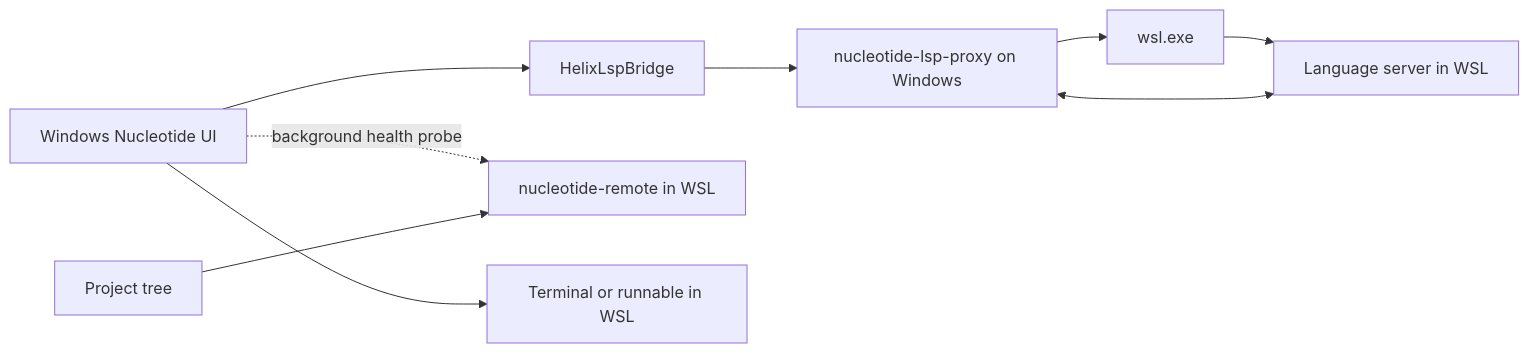
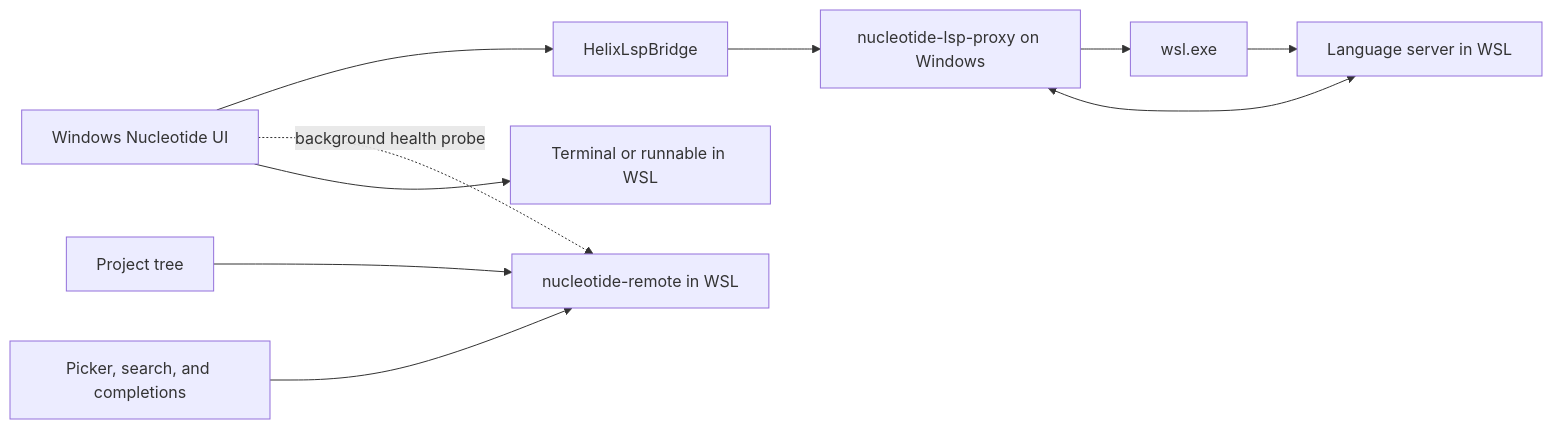
Before and after one commit to iainh/nucleotide: the diagram in docs/wsl_remote_development.md, drawn with Mermaid. The commit also changed other lines of this file, not shown here.

Commit message:
docs: update WSL helper completion coverage

````diff
--- a/docs/wsl_remote_development.md
+++ b/docs/wsl_remote_development.md
@@ -102,20 +105,22 @@
 ```mermaid
 flowchart LR
     UI["Windows Nucleotide UI"]
     Bridge["HelixLspBridge"]
     Proxy["nucleotide-lsp-proxy on Windows"]
     WSL["wsl.exe"]
     Server["Language server in WSL"]
     Helper["nucleotide-remote in WSL"]
     FileTree["Project tree"]
+    Picker["Picker, search, and completions"]
     Terminal["Terminal or runnable in WSL"]
 
     UI --> Bridge
     Bridge --> Proxy
     Proxy --> WSL
     WSL --> Server
     UI -. "background health probe" .-> Helper
     FileTree --> Helper
+    Picker --> Helper
     UI --> Terminal
     Proxy <--> Server
 ```
````
